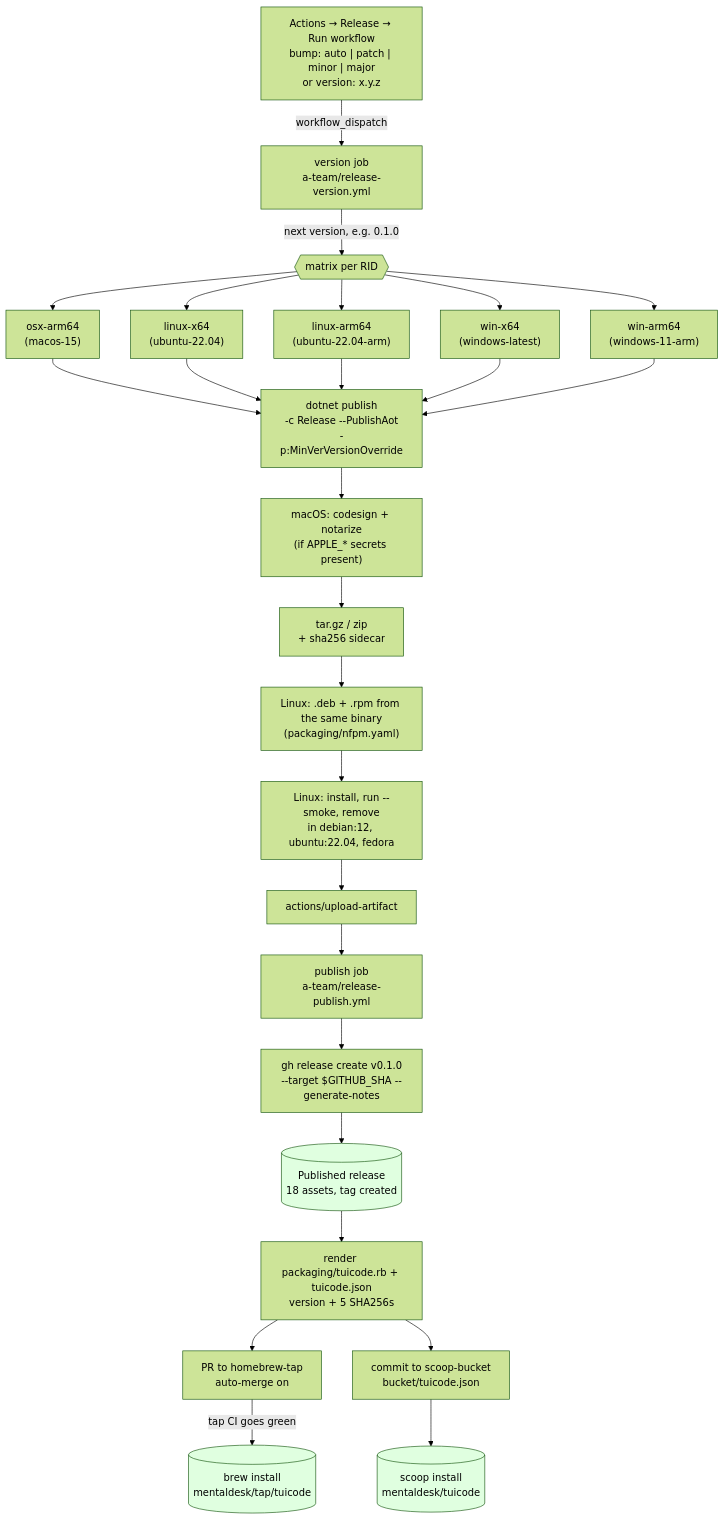
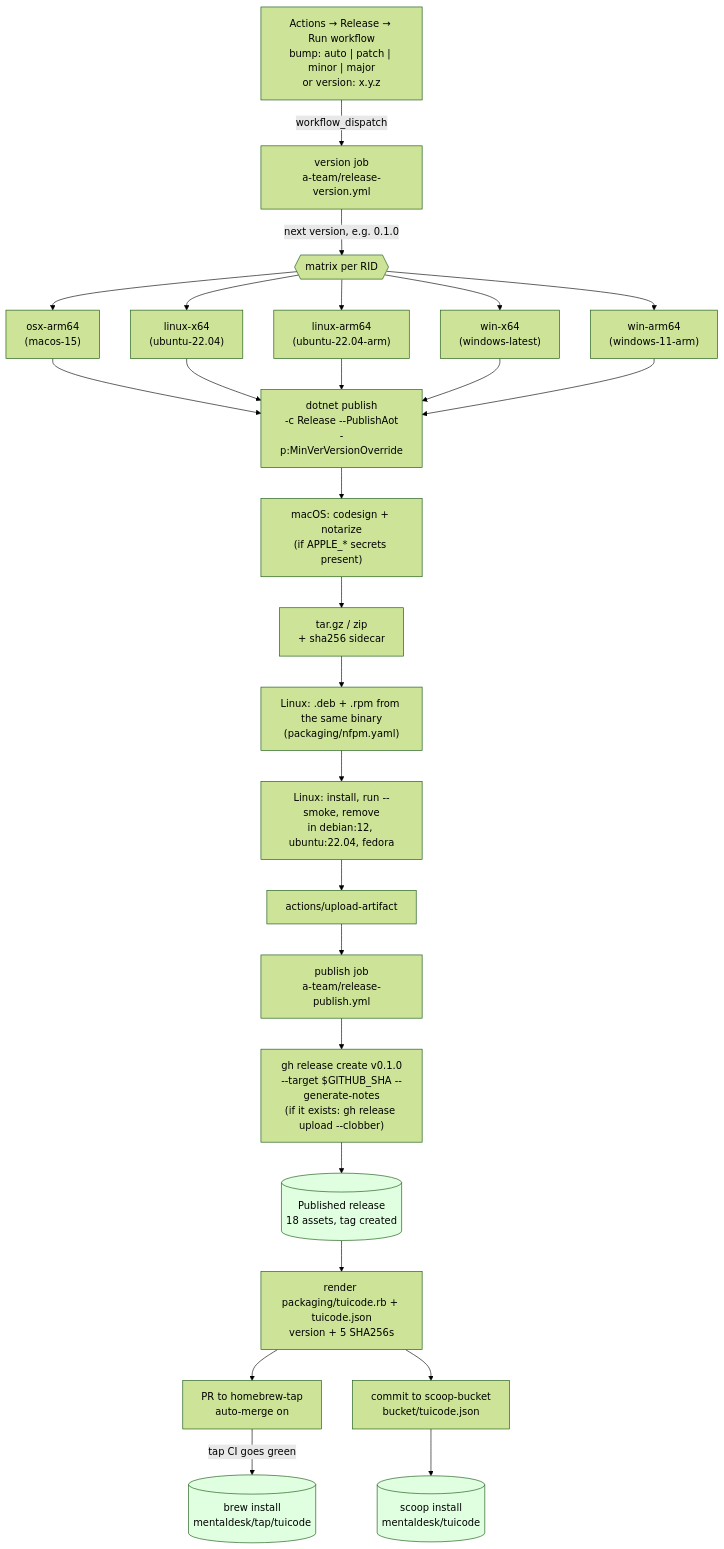
Before and after one commit to mentaldesk/TuiCode: the first of 2 diagrams in CONTRIBUTING.md, drawn with Mermaid (forest theme). The commit also changed other lines of this file and 1 other file, not shown here.

Commit message:
Say in the docs that a failed publish can be re-run
CONTRIBUTING.md and AGENTS.md still described publish as always running
gh release create. With a-team v0.2.25 it uploads to a release that
already exists, so Re-run failed jobs finishes that version.

Closes #663

````diff
--- a/CONTRIBUTING.md
+++ b/CONTRIBUTING.md
@@ -30,37 +30,37 @@
 ```mermaid
 flowchart TD
     Click["Actions → Release → Run workflow<br/>bump: auto | patch | minor | major<br/>or version: x.y.z"]
     Click -->|workflow_dispatch| Version["version job<br/>a-team/release-version.yml"]
     Version -->|"next version, e.g. 0.1.0"| Matrix{{"matrix per RID"}}
 
     Matrix --> A["osx-arm64<br/>(macos-15)"]
     Matrix --> B["linux-x64<br/>(ubuntu-22.04)"]
     Matrix --> C["linux-arm64<br/>(ubuntu-22.04-arm)"]
     Matrix --> D["win-x64<br/>(windows-latest)"]
     Matrix --> E["win-arm64<br/>(windows-11-arm)"]
 
     A --> Publish["dotnet publish<br/>-c Release --PublishAot<br/>-p:MinVerVersionOverride"]
     B --> Publish
     C --> Publish
     D --> Publish
     E --> Publish
 
     Publish --> Sign["macOS: codesign + notarize<br/>(if APPLE_* secrets present)"]
     Sign --> Archive["tar.gz / zip<br/>+ sha256 sidecar"]
     Archive --> Packages["Linux: .deb + .rpm from the same binary<br/>(packaging/nfpm.yaml)"]
     Packages --> Smoke["Linux: install, run --smoke, remove<br/>in debian:12, ubuntu:22.04, fedora"]
     Smoke --> Upload["actions/upload-artifact"]
 
     Upload --> Pub["publish job<br/>a-team/release-publish.yml"]
-    Pub --> Tag["gh release create v0.1.0<br/>--target $GITHUB_SHA --generate-notes"]
+    Pub --> Tag["gh release create v0.1.0<br/>--target $GITHUB_SHA --generate-notes<br/>(if it exists: gh release upload --clobber)"]
     Tag --> Public[("Published release<br/>18 assets, tag created")]
     Public --> Render["render packaging/tuicode.rb + tuicode.json<br/>version + 5 SHA256s"]
     Render --> TapPR["PR to homebrew-tap<br/>auto-merge on"]
     TapPR -->|tap CI goes green| Brew[("brew install<br/>mentaldesk/tap/tuicode")]
     Render --> Bucket["commit to scoop-bucket<br/>bucket/tuicode.json"]
     Bucket --> Scoop[("scoop install<br/>mentaldesk/tuicode")]
 
     style Public fill:#e0ffe0
     style Brew fill:#e0ffe0
     style Scoop fill:#e0ffe0
 ```
````
